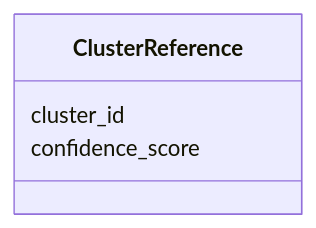
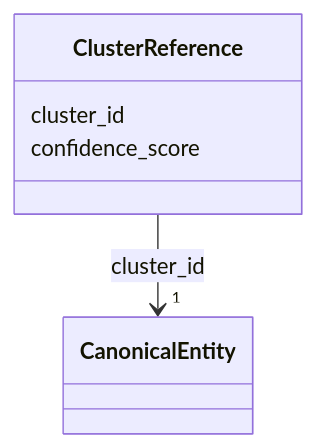
Before and after one commit to meaningfy-ws/entity-resolution-spec: the diagram in docs/schema/ClusterReference.md, drawn with Mermaid. The commit also changed other lines of this file and 10 other files, not shown here.

Commit message:
fix: provide reference to canonical entity in cluster reference

````diff
--- a/docs/schema/ClusterReference.md
+++ b/docs/schema/ClusterReference.md
@@ -32,10 +32,19 @@
 ```mermaid
  classDiagram
     class ClusterReference
     click ClusterReference href "../ClusterReference/"
       ClusterReference : cluster_id
         
+          
+    
+        
+        
+        ClusterReference --> "1" CanonicalEntity : cluster_id
+        click CanonicalEntity href "../CanonicalEntity/"
+    
+
+        
       ClusterReference : confidence_score
         
       
 ```
````
